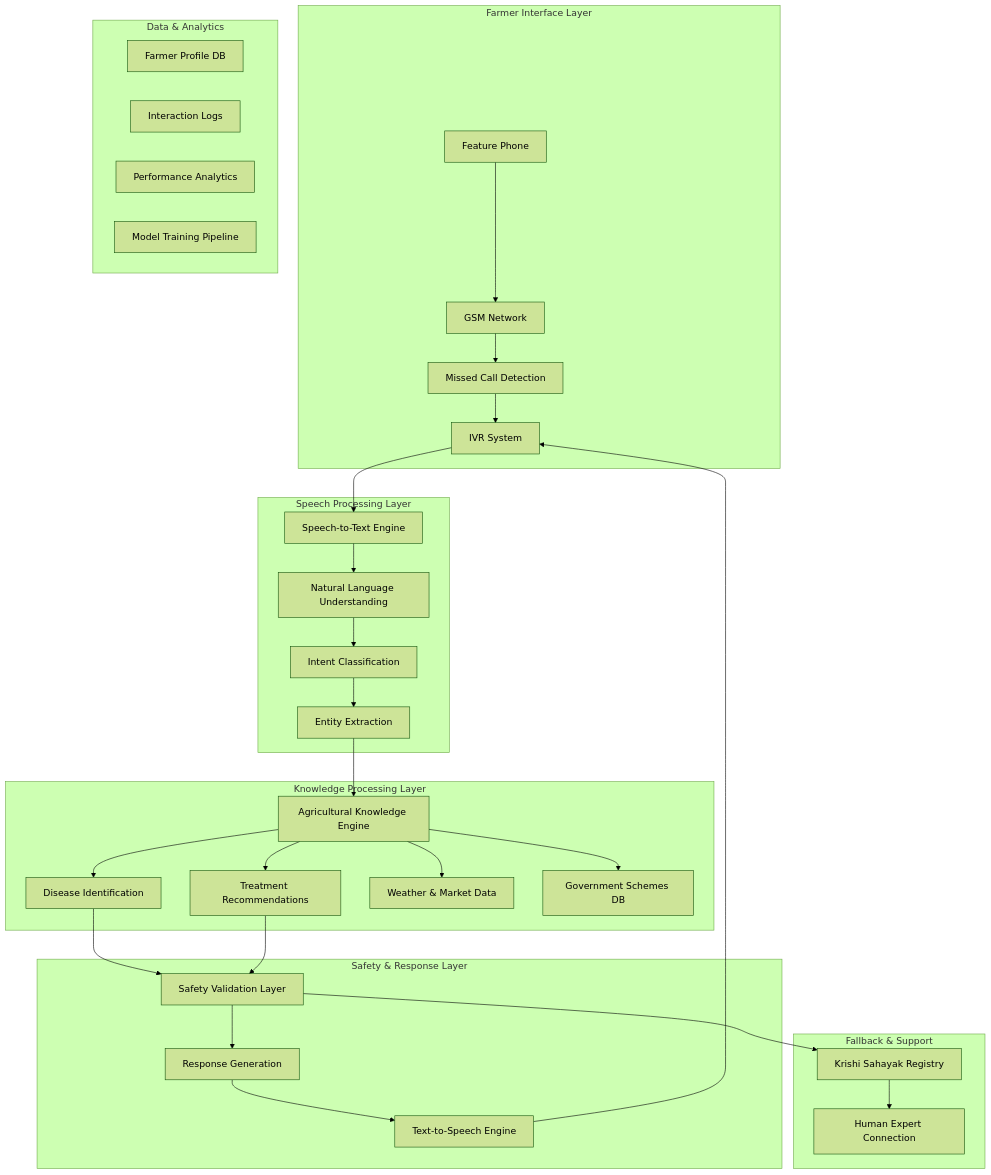
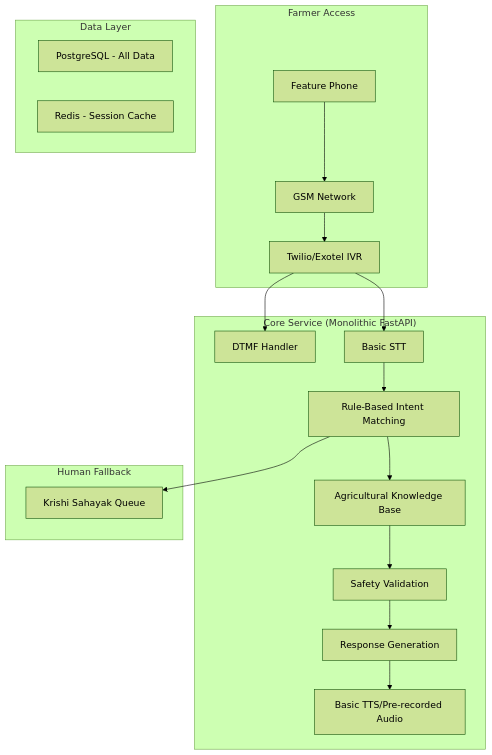
The first of 4 diagrams in .kiro/specs/rural-farming-assistant/design.md (Shikhar1107/VillageAI), drawn with Mermaid (forest theme) before and after one commit. The commit also changed other lines of this file and 8 other files, not shown here.

````diff
--- a/.kiro/specs/rural-farming-assistant/design.md
+++ b/.kiro/specs/rural-farming-assistant/design.md
@@ -20,43 +27,26 @@
 ```mermaid
 graph TB
-    subgraph "Farmer Interface Layer"
+    subgraph "Farmer Access"
         A[Feature Phone] --> B[GSM Network]
-        B --> C[Missed Call Detection]
-        C --> D[IVR System]
+        B --> C[Twilio/Exotel IVR]
     end
-    
-    subgraph "Speech Processing Layer"
-        D --> E[Speech-to-Text Engine]
-        E --> F[Natural Language Understanding]
-        F --> G[Intent Classification]
-        G --> H[Entity Extraction]
+
+    subgraph "Core Service (Monolithic FastAPI)"
+        C --> D[DTMF Handler]
+        C --> E[Basic STT]
+        E --> F[Rule-Based Intent Matching]
+        F --> G[Agricultural Knowledge Base]
+        G --> H[Safety Validation]
+        H --> I[Response Generation]
+        I --> J[Basic TTS/Pre-recorded Audio]
     end
-    
-    subgraph "Knowledge Processing Layer"
-        H --> I[Agricultural Knowledge Engine]
-        I --> J[Disease Identification]
-        I --> K[Treatment Recommendations]
-        I --> L[Weather & Market Data]
-        I --> M[Government Schemes DB]
+
+    subgraph "Data Layer"
+        K[PostgreSQL - All Data]
+        L[Redis - Session Cache]
     end
-    
-    subgraph "Safety & Response Layer"
-        J --> N[Safety Validation Layer]
-        K --> N
-        N --> O[Response Generation]
-        O --> P[Text-to-Speech Engine]
-        P --> D
-    end
-    
-    subgraph "Fallback & Support"
-        N --> Q[Krishi Sahayak Registry]
-        Q --> R[Human Expert Connection]
-    end
-    
-    subgraph "Data & Analytics"
-        S[Farmer Profile DB]
-        T[Interaction Logs]
-        U[Performance Analytics]
-        V[Model Training Pipeline]
+
+    subgraph "Human Fallback"
+        F --> M[Krishi Sahayak Queue]
     end
 ```
````
